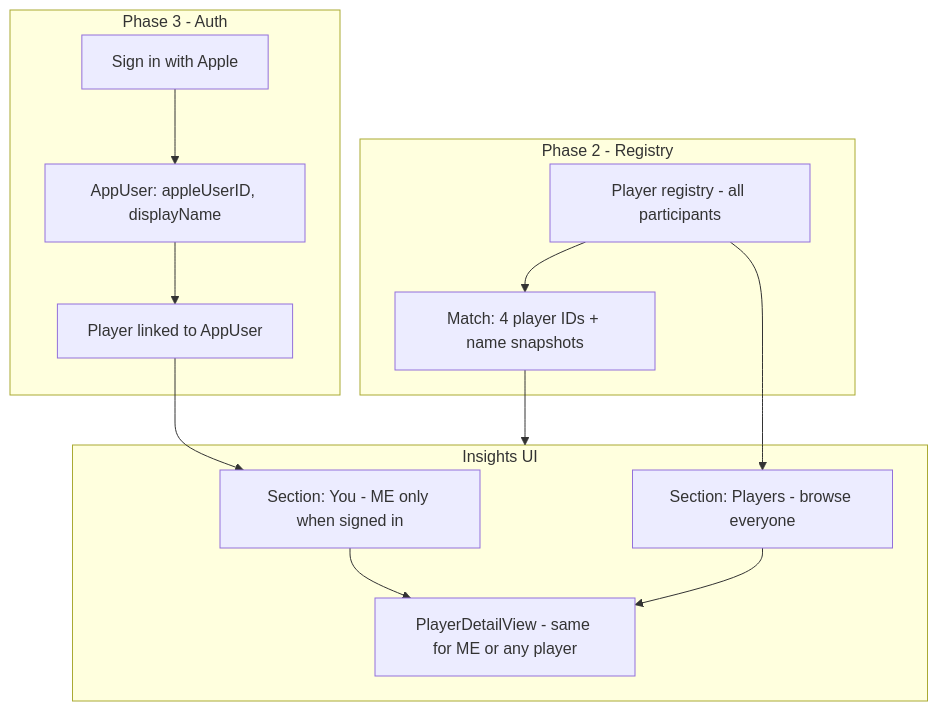
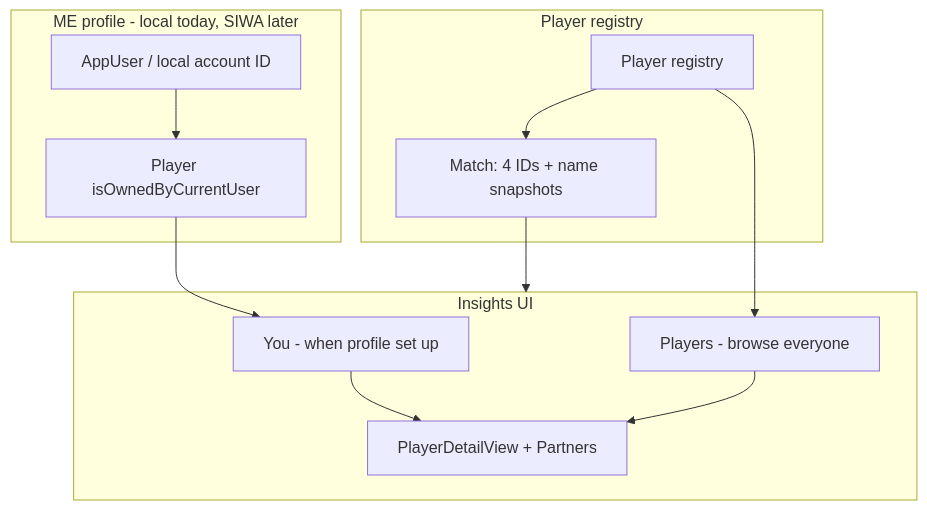
Before and after one commit to farcasmihaicristian/PadelNote: the diagram in docs/plans/four-players-insights.md, drawn with Mermaid. The commit also changed other lines of this file and 7 other files, not shown here.

````diff
--- a/docs/plans/four-players-insights.md
+++ b/docs/plans/four-players-insights.md
@@ -80,27 +136,26 @@
 ```mermaid
 flowchart TB
-    subgraph auth [Phase 3 - Auth]
-        SIWA["Sign in with Apple"]
-        AppUser["AppUser: appleUserID, displayName"]
-        MePlayer["Player linked to AppUser"]
-        SIWA --> AppUser --> MePlayer
+    subgraph profile [ME profile - local today, SIWA later]
+        AppUser["AppUser / local account ID"]
+        MePlayer["Player isOwnedByCurrentUser"]
+        AppUser --> MePlayer
     end
 
-    subgraph players [Phase 2 - Registry]
-        PlayerTable["Player registry - all participants"]
-        MatchRoster["Match: 4 player IDs + name snapshots"]
+    subgraph players [Player registry]
+        PlayerTable["Player registry"]
+        MatchRoster["Match: 4 IDs + name snapshots"]
         PlayerTable --> MatchRoster
     end
 
     subgraph insights [Insights UI]
-        MyStats["Section: You - ME only when signed in"]
-        AllPlayers["Section: Players - browse everyone"]
-        Detail["PlayerDetailView - same for ME or any player"]
+        MyStats["You - when profile set up"]
+        AllPlayers["Players - browse everyone"]
+        Detail["PlayerDetailView + Partners"]
         MyStats --> Detail
         AllPlayers --> Detail
     end
 
     MePlayer --> MyStats
     PlayerTable --> AllPlayers
     MatchRoster --> insights
 ```
````
